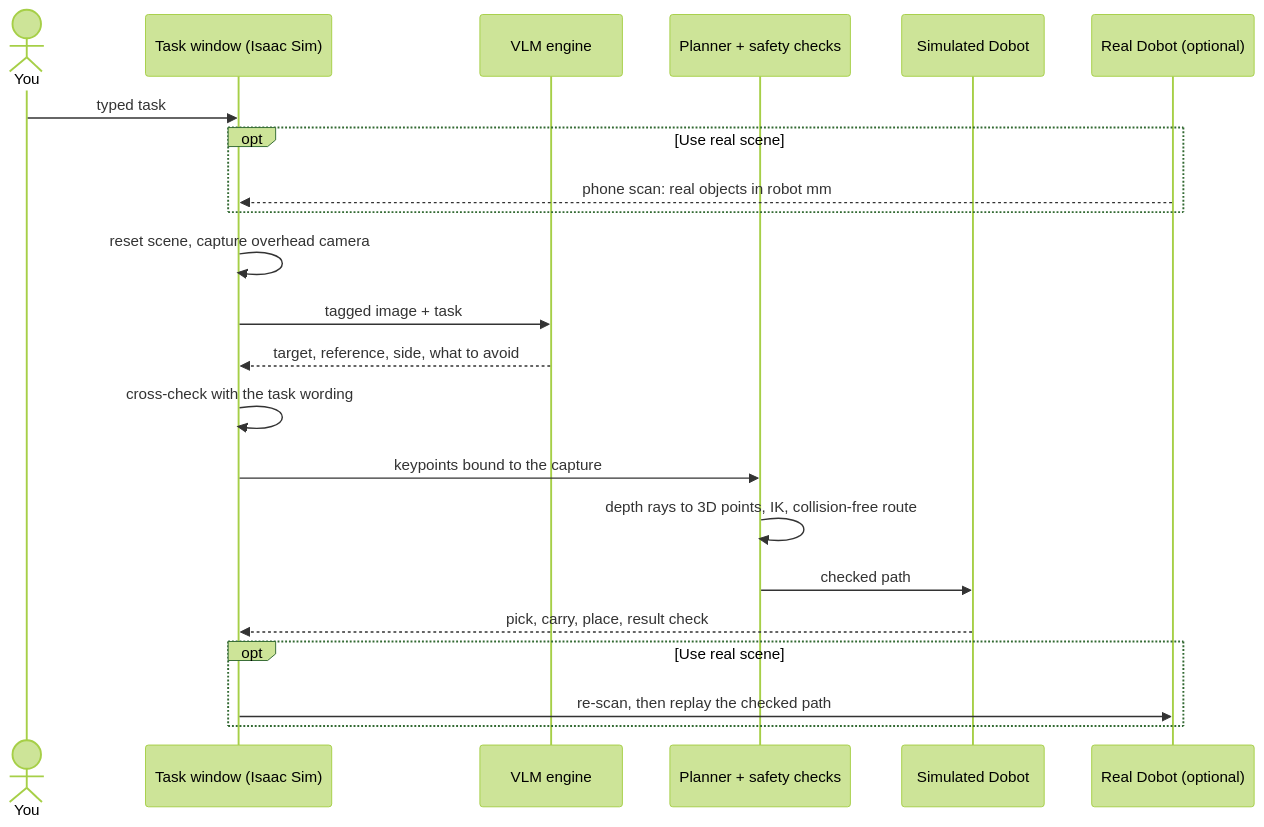
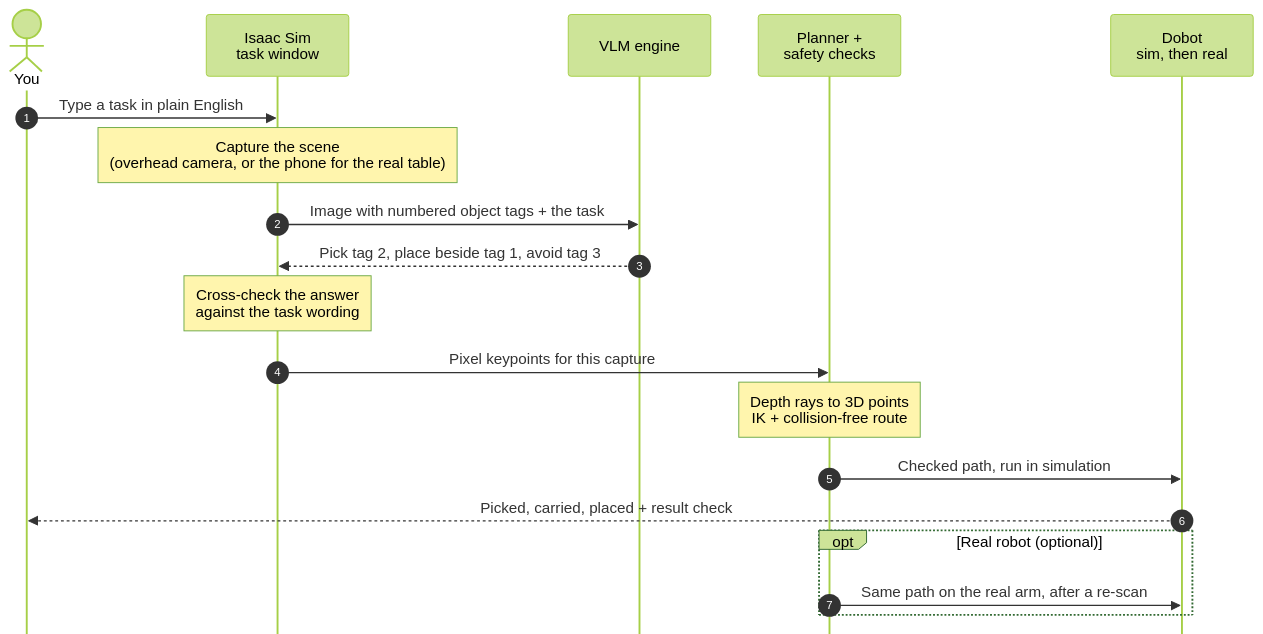
One commit to Fe3w/dobot-vlm-vla-pick-place changed the diagram in README.md. Above: the diagram before and after it, drawn with Mermaid (forest theme). The commit also changed 1 other file, not shown here.

````diff
--- a/README.md
+++ b/README.md
@@ -39,25 +39,23 @@
 ```mermaid
+%%{init: {"sequence": {"mirrorActors": false, "messageMargin": 40, "noteMargin": 12}}}%%
 sequenceDiagram
+    autonumber
     actor U as You
-    participant W as Task window (Isaac Sim)
+    participant W as Isaac Sim<br/>task window
     participant V as VLM engine
-    participant P as Planner + safety checks
-    participant S as Simulated Dobot
-    participant R as Real Dobot (optional)
+    participant P as Planner +<br/>safety checks
+    participant D as Dobot<br/>sim, then real
 
-    U->>W: typed task
-    opt Use real scene
-        R-->>W: phone scan: real objects in robot mm
-    end
-    W->>W: reset scene, capture overhead camera
-    W->>V: tagged image + task
-    V-->>W: target, reference, side, what to avoid
-    W->>W: cross-check with the task wording
-    W->>P: keypoints bound to the capture
-    P->>P: depth rays to 3D points, IK, collision-free route
-    P->>S: checked path
-    S-->>W: pick, carry, place, result check
-    opt Use real scene
-        W->>R: re-scan, then replay the checked path
+    U->>W: Type a task in plain English
+    Note over W: Capture the scene<br/>(overhead camera, or the phone for the real table)
+    W->>V: Image with numbered object tags + the task
+    V-->>W: Pick tag 2, place beside tag 1, avoid tag 3
+    Note over W: Cross-check the answer<br/>against the task wording
+    W->>P: Pixel keypoints for this capture
+    Note over P: Depth rays to 3D points<br/>IK + collision-free route
+    P->>D: Checked path, run in simulation
+    D-->>U: Picked, carried, placed + result check
+    opt Real robot (optional)
+        P->>D: Same path on the real arm, after a re-scan
     end
 ```
````
